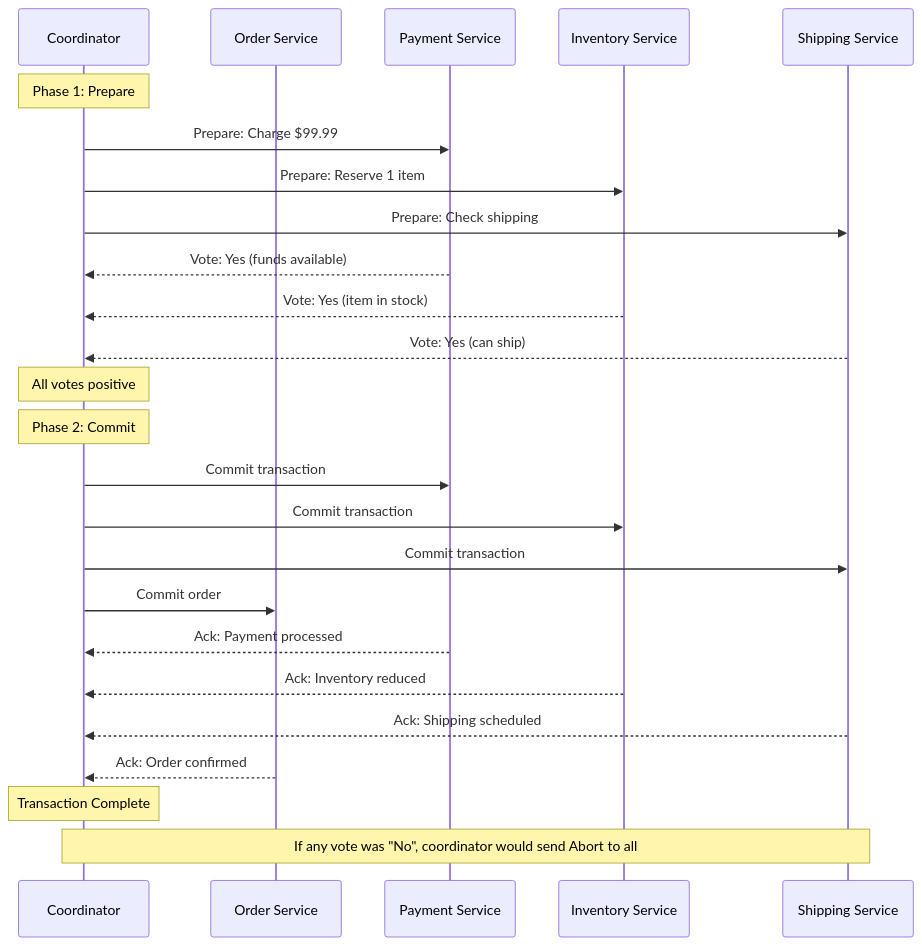
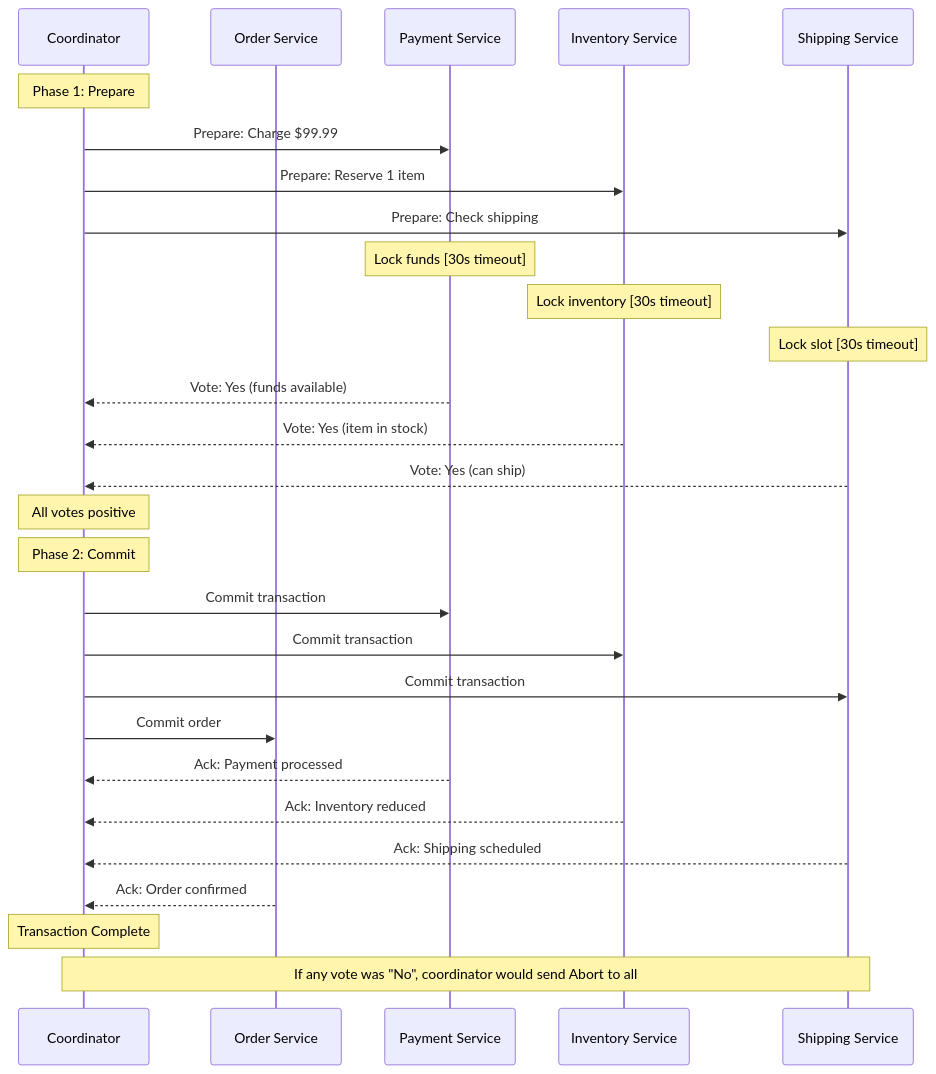
Before and after one commit to ha1tch/dxp: the first of 23 diagrams in doc/dxp-03-sequence-diagrams.md, drawn with Mermaid. The commit also changed other lines of this file and 6 other files, not shown here.

````diff
--- a/doc/dxp-03-sequence-diagrams.md
+++ b/doc/dxp-03-sequence-diagrams.md
@@ -15,34 +23,38 @@
 ```mermaid
 sequenceDiagram
     participant C as Coordinator
     participant O as Order Service
     participant P as Payment Service
     participant I as Inventory Service
     participant S as Shipping Service
 
     Note over C: Phase 1: Prepare
     C->>P: Prepare: Charge $99.99
     C->>I: Prepare: Reserve 1 item
     C->>S: Prepare: Check shipping
+    
+    Note over P: Lock funds [30s timeout]
+    Note over I: Lock inventory [30s timeout]
+    Note over S: Lock slot [30s timeout]
     
     P-->>C: Vote: Yes (funds available)
     I-->>C: Vote: Yes (item in stock)
     S-->>C: Vote: Yes (can ship)
     
     Note over C: All votes positive
     Note over C: Phase 2: Commit
     
     C->>P: Commit transaction
     C->>I: Commit transaction
     C->>S: Commit transaction
     C->>O: Commit order
     
     P-->>C: Ack: Payment processed
     I-->>C: Ack: Inventory reduced
     S-->>C: Ack: Shipping scheduled
     O-->>C: Ack: Order confirmed
 
     Note over C: Transaction Complete
     
     Note over C,S: If any vote was "No", coordinator would send Abort to all
 ```
````
